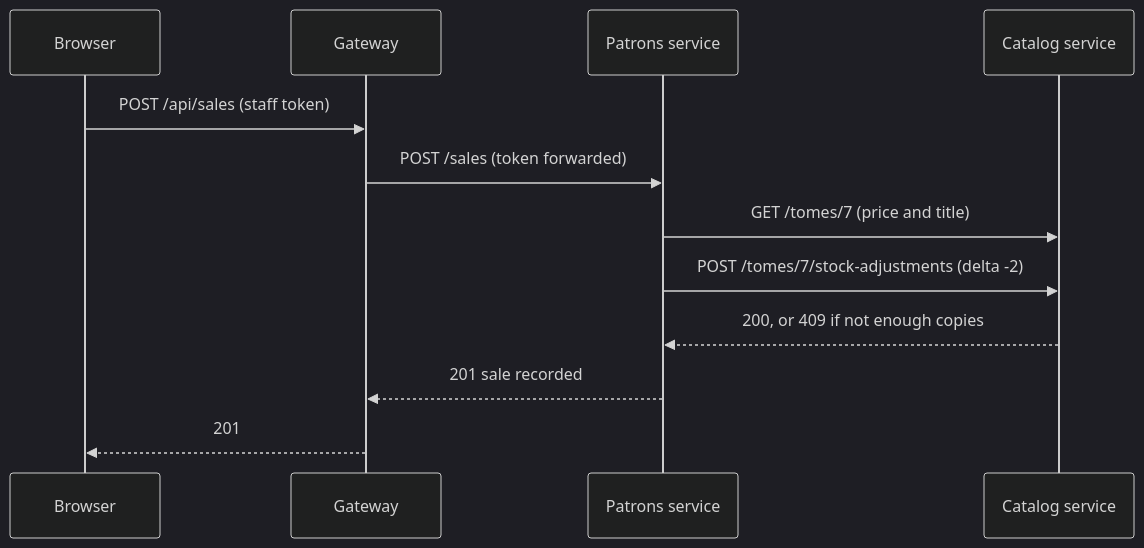
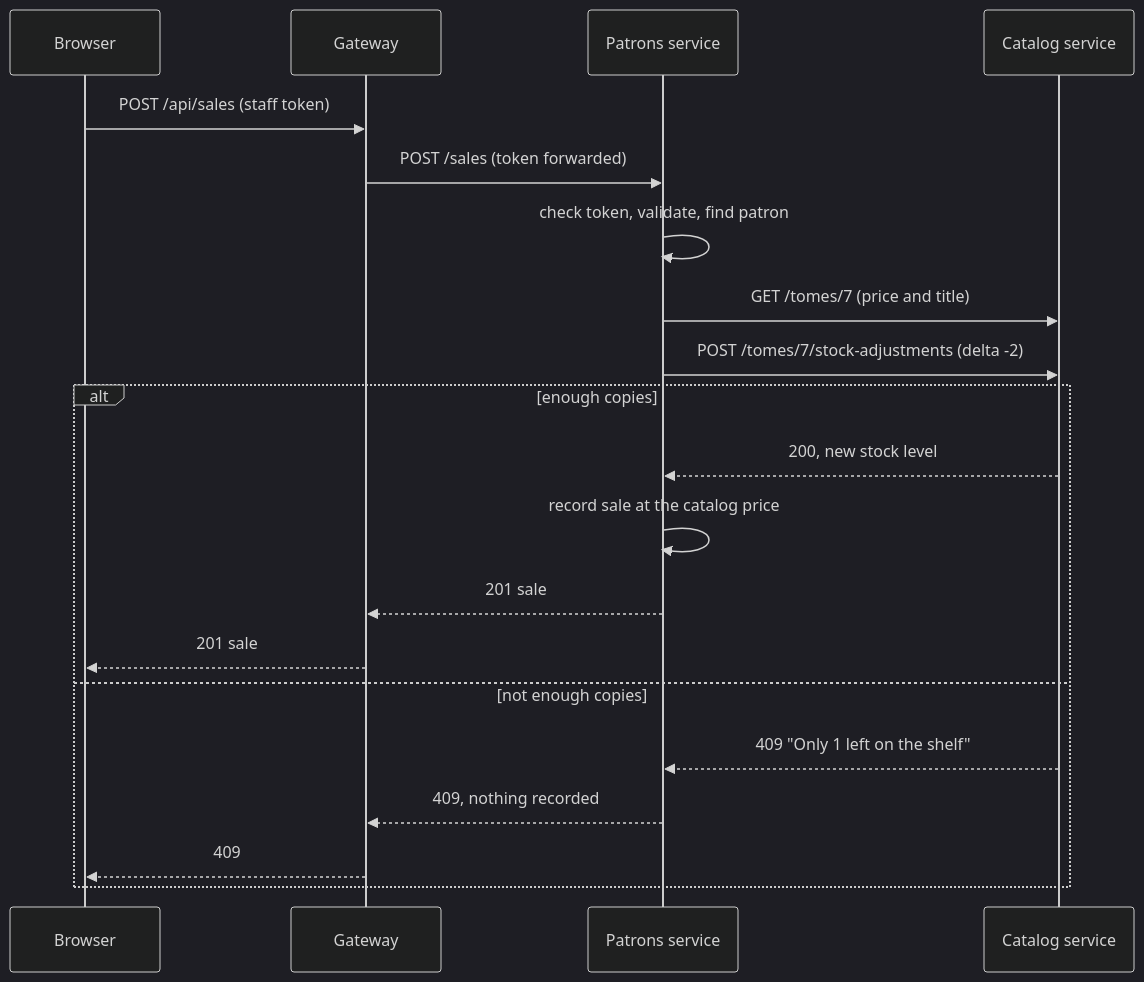
The seventh of 11 diagrams in docs/architecture.md (CynthiaTaylorEPAM/CozyBookstore), drawn with Mermaid (dark theme) before and after one commit. The commit also changed other lines of this file, not shown here.

First line of the commit message:
Expand architecture documentation

````diff
--- a/docs/architecture.md
+++ b/docs/architecture.md
@@ -20,14 +328,22 @@
 ```mermaid
 sequenceDiagram
   participant B as Browser
   participant G as Gateway
   participant P as Patrons service
   participant C as Catalog service
   B->>G: POST /api/sales (staff token)
   G->>P: POST /sales (token forwarded)
+  P->>P: check token, validate, find patron
   P->>C: GET /tomes/7 (price and title)
   P->>C: POST /tomes/7/stock-adjustments (delta -2)
-  C-->>P: 200, or 409 if not enough copies
-  P-->>G: 201 sale recorded
-  G-->>B: 201
+  alt enough copies
+    C-->>P: 200, new stock level
+    P->>P: record sale at the catalog price
+    P-->>G: 201 sale
+    G-->>B: 201 sale
+  else not enough copies
+    C-->>P: 409 "Only 1 left on the shelf"
+    P-->>G: 409, nothing recorded
+    G-->>B: 409
+  end
 ```
````
